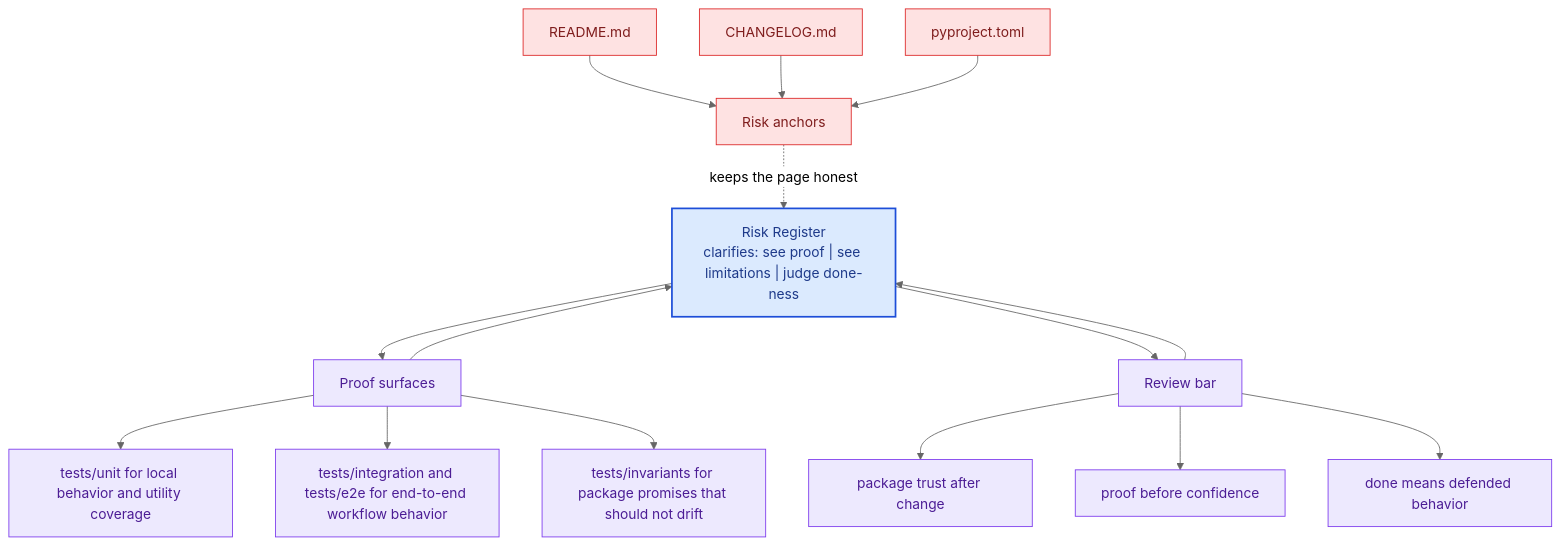
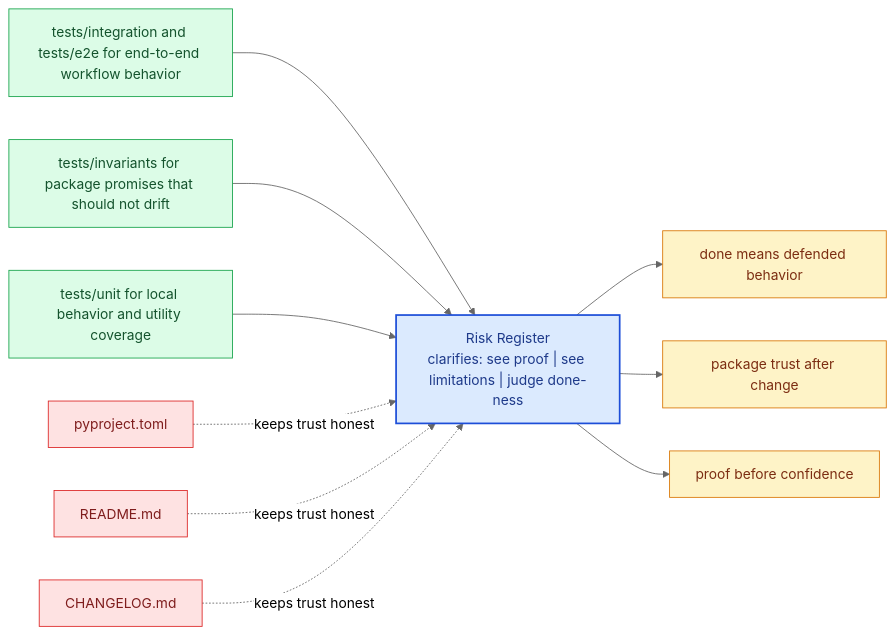
Before and after one commit to bijux/bijux-canon: the diagram in docs/bijux-canon-agent/quality/risk-register.md, drawn with Mermaid (neutral theme). The commit also changed other lines of this file and 281 other files, not shown here.

Commit message:
docs(diagrams): replace repeated mermaid scaffolds with page-specific summaries

````diff
--- a/docs/bijux-canon-agent/quality/risk-register.md
+++ b/docs/bijux-canon-agent/quality/risk-register.md
@@ -68,41 +23,31 @@
 ```mermaid
-flowchart TB
-    promise["Risk Register<br/>clarifies: see proof | see limitations | judge done-ness"]
-    classDef promise fill:#dbeafe,stroke:#1d4ed8,color:#1e3a8a,stroke-width:2px;
-    classDef driver fill:#dcfce7,stroke:#16a34a,color:#14532d;
-    classDef constraint fill:#fee2e2,stroke:#dc2626,color:#7f1d1d;
-    classDef ground fill:#ede9fe,stroke:#7c3aed,color:#4c1d95;
-    focus1["Proof surfaces"]
-    focus1 --> promise
-    promise --> focus1
-    focus1_1["tests/unit for local behavior and utility coverage"]
-    focus1 --> focus1_1
-    focus1_2["tests/integration and tests/e2e for end-to-end workflow behavior"]
-    focus1 --> focus1_2
-    focus1_3["tests/invariants for package promises that should not drift"]
-    focus1 --> focus1_3
-    class focus1 ground;
-    class focus1_1,focus1_2,focus1_3 ground;
-    focus2["Risk anchors"]
-    focus2 -.keeps the page honest.-> promise
-    focus2_1["README.md"]
-    focus2_1 --> focus2
-    focus2_2["CHANGELOG.md"]
-    focus2_2 --> focus2
-    focus2_3["pyproject.toml"]
-    focus2_3 --> focus2
-    class focus2 constraint;
-    class focus2_1,focus2_2,focus2_3 constraint;
-    focus3["Review bar"]
-    focus3 --> promise
-    promise --> focus3
-    focus3_1["package trust after change"]
-    focus3 --> focus3_1
-    focus3_2["proof before confidence"]
-    focus3 --> focus3_2
-    focus3_3["done means defended behavior"]
-    focus3 --> focus3_3
-    class focus3 ground;
-    class focus3_1,focus3_2,focus3_3 ground;
-    class promise promise;
+flowchart LR
+    page["Risk Register<br/>clarifies: see proof | see limitations | judge done-ness"]
+    classDef page fill:#dbeafe,stroke:#1d4ed8,color:#1e3a8a,stroke-width:2px;
+    classDef positive fill:#dcfce7,stroke:#16a34a,color:#14532d;
+    classDef caution fill:#fee2e2,stroke:#dc2626,color:#7f1d1d;
+    classDef anchor fill:#ede9fe,stroke:#7c3aed,color:#4c1d95;
+    classDef action fill:#fef3c7,stroke:#d97706,color:#7c2d12;
+    proof1["tests/integration and tests/e2e for end-to-end workflow behavior"]
+    proof1 --> page
+    proof2["tests/invariants for package promises that should not drift"]
+    proof2 --> page
+    proof3["tests/unit for local behavior and utility coverage"]
+    proof3 --> page
+    risk1["pyproject.toml"]
+    risk1 -.keeps trust honest.-> page
+    risk2["README.md"]
+    risk2 -.keeps trust honest.-> page
+    risk3["CHANGELOG.md"]
+    risk3 -.keeps trust honest.-> page
+    bar1["done means defended behavior"]
+    page --> bar1
+    bar2["package trust after change"]
+    page --> bar2
+    bar3["proof before confidence"]
+    page --> bar3
+    class page page;
+    class proof1,proof2,proof3 positive;
+    class risk1,risk2,risk3 caution;
+    class bar1,bar2,bar3 action;
 ```
````
